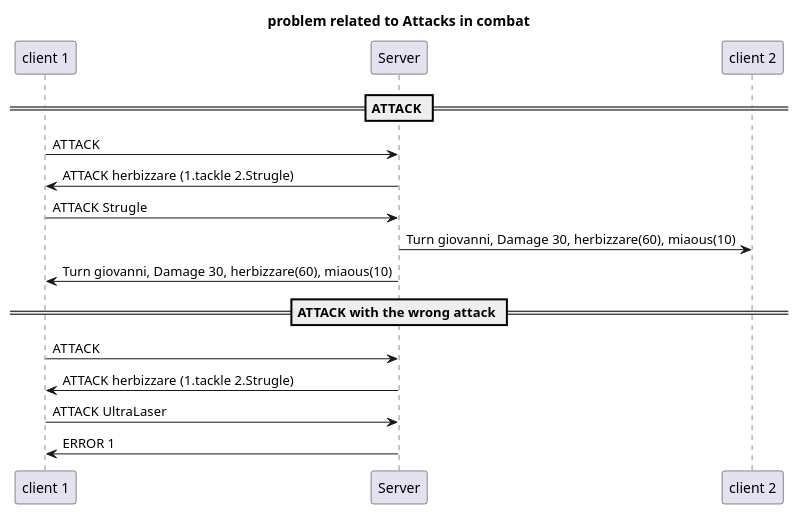
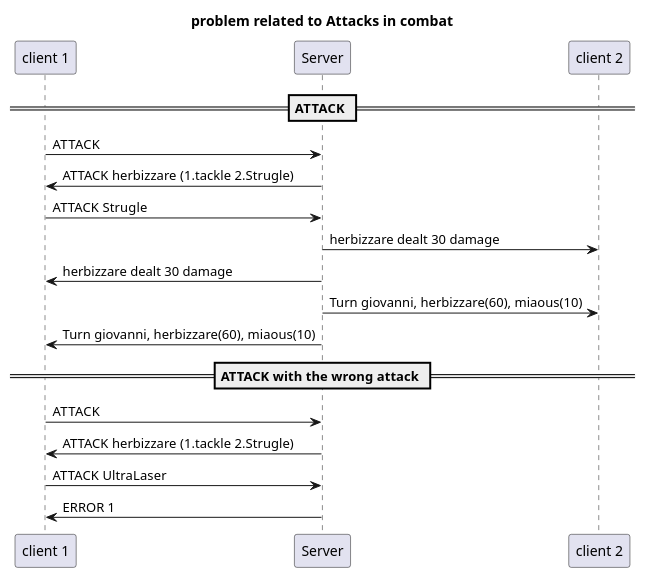
The diagram in PocketMonster/Protocole/AttackCombatProblem.plantuml (Dansnts/DAI-Labo02), drawn with PlantUML before and after one commit. The commit also changed 6 other files, not shown here.

```diff
--- a/PocketMonster/Protocole/AttackCombatProblem.plantuml
+++ b/PocketMonster/Protocole/AttackCombatProblem.plantuml
@@ -1,19 +1,21 @@
 @startuml AttackCombatProblem
 title "problem related to Attacks in combat"
 participant "client 1" as c1
 participant "Server" as s
 participant "client 2" as giovanni
 
 == ATTACK ==
 c1->s: ATTACK
 s->c1: ATTACK herbizzare (1.tackle 2.Strugle)
 c1->s: ATTACK Strugle
-s->giovanni: Turn giovanni, Damage 30, herbizzare(60), miaous(10)
-s->c1: Turn giovanni, Damage 30, herbizzare(60), miaous(10)
+s->giovanni: herbizzare dealt 30 damage
+s->c1: herbizzare dealt 30 damage
+s->giovanni: Turn giovanni, herbizzare(60), miaous(10)
+s->c1: Turn giovanni, herbizzare(60), miaous(10)
 
 == ATTACK with the wrong attack ==
 c1->s: ATTACK
 s->c1: ATTACK herbizzare (1.tackle 2.Strugle)
 c1->s: ATTACK UltraLaser
 s->c1: ERROR 1
 @enduml
```
